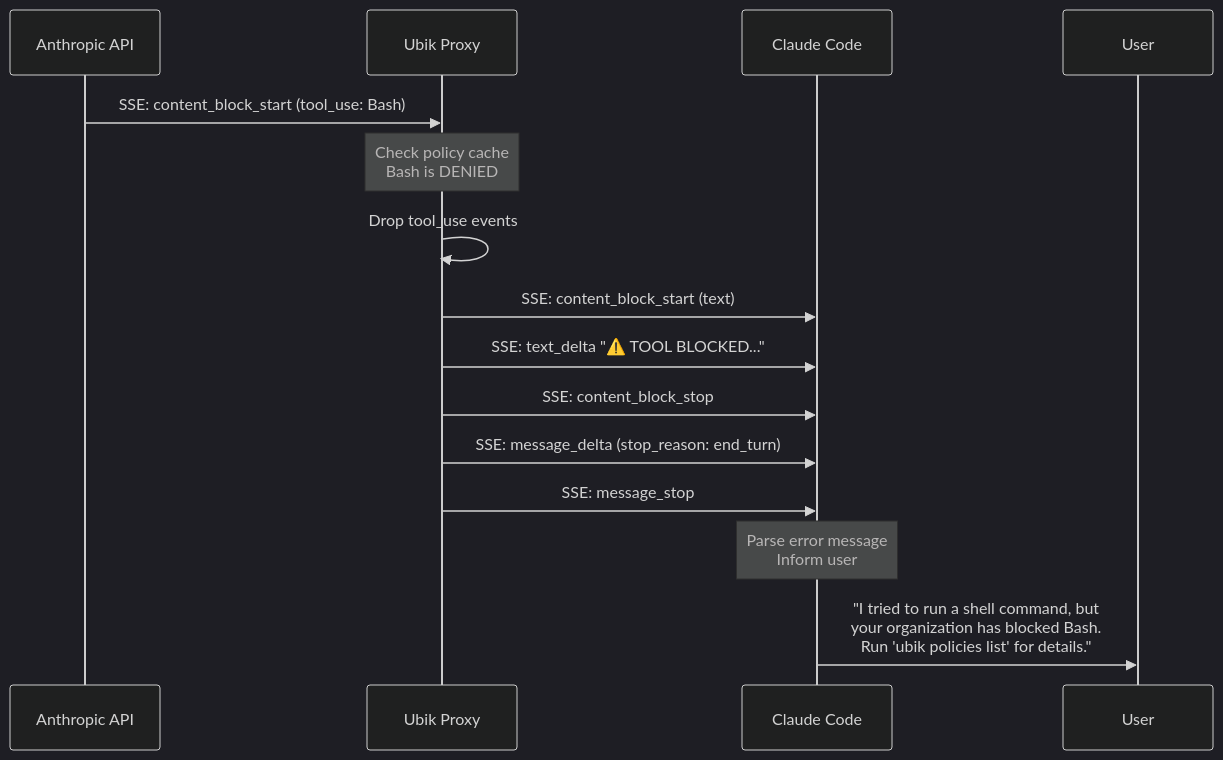
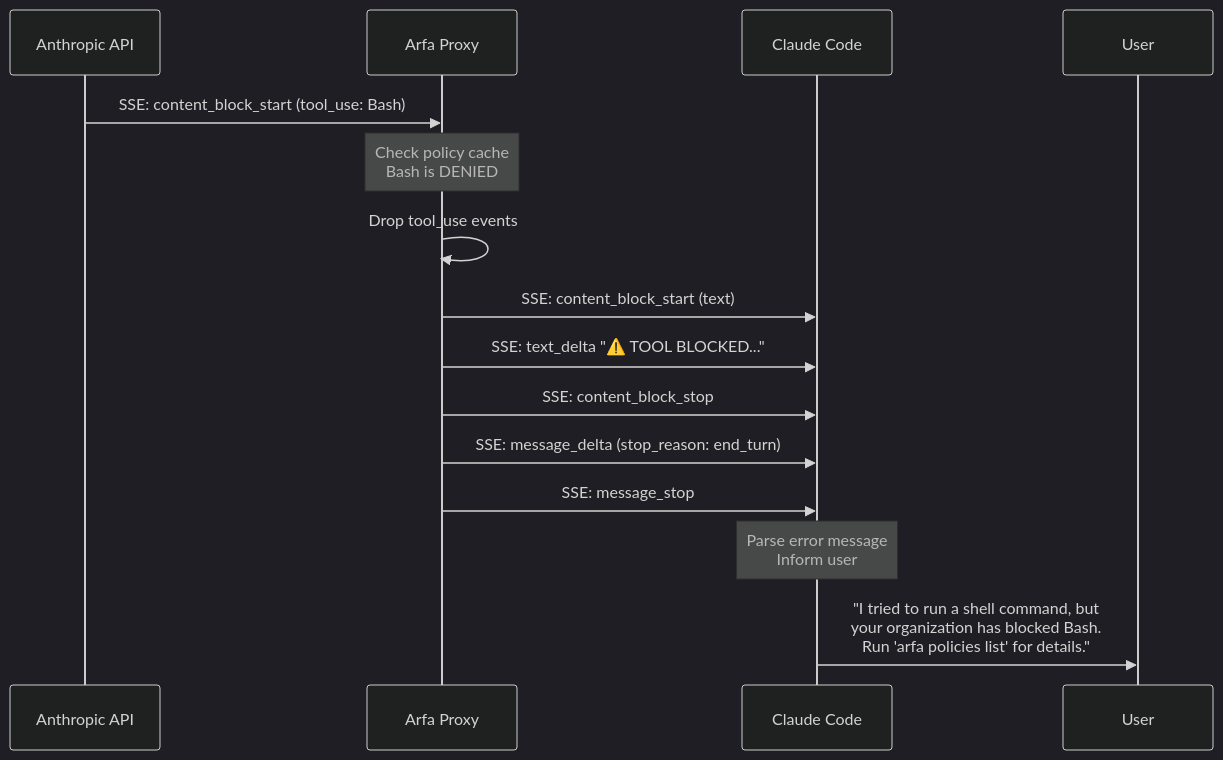
One commit to rastrigin-systems/arfa changed the second of 4 diagrams in docs/features/tool-blocking.md. Above: the diagram before and after it, drawn with Mermaid (dark theme). The commit also changed other lines of this file and 194 other files, not shown here.

First line of the commit message:
refactor: Rename ubik to arfa throughout codebase (#393)

````diff
--- a/docs/features/tool-blocking.md
+++ b/docs/features/tool-blocking.md
@@ -447,22 +447,22 @@
 ```mermaid
 sequenceDiagram
     participant API as Anthropic API
-    participant Proxy as Ubik Proxy
+    participant Proxy as Arfa Proxy
     participant Agent as Claude Code
     participant User
 
     API->>Proxy: SSE: content_block_start (tool_use: Bash)
 
     Note over Proxy: Check policy cache<br/>Bash is DENIED
 
     Proxy->>Proxy: Drop tool_use events
     Proxy->>Agent: SSE: content_block_start (text)
     Proxy->>Agent: SSE: text_delta "⚠️ TOOL BLOCKED..."
     Proxy->>Agent: SSE: content_block_stop
     Proxy->>Agent: SSE: message_delta (stop_reason: end_turn)
     Proxy->>Agent: SSE: message_stop
 
     Note over Agent: Parse error message<br/>Inform user
 
-    Agent->>User: "I tried to run a shell command, but<br/>your organization has blocked Bash.<br/>Run 'ubik policies list' for details."
+    Agent->>User: "I tried to run a shell command, but<br/>your organization has blocked Bash.<br/>Run 'arfa policies list' for details."
 ```
````
